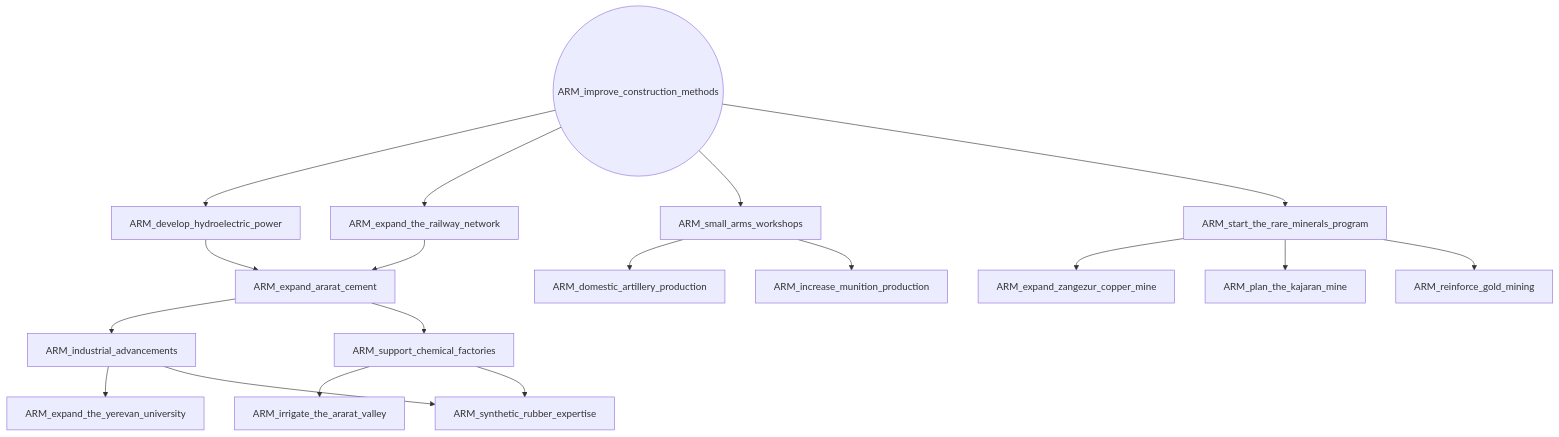
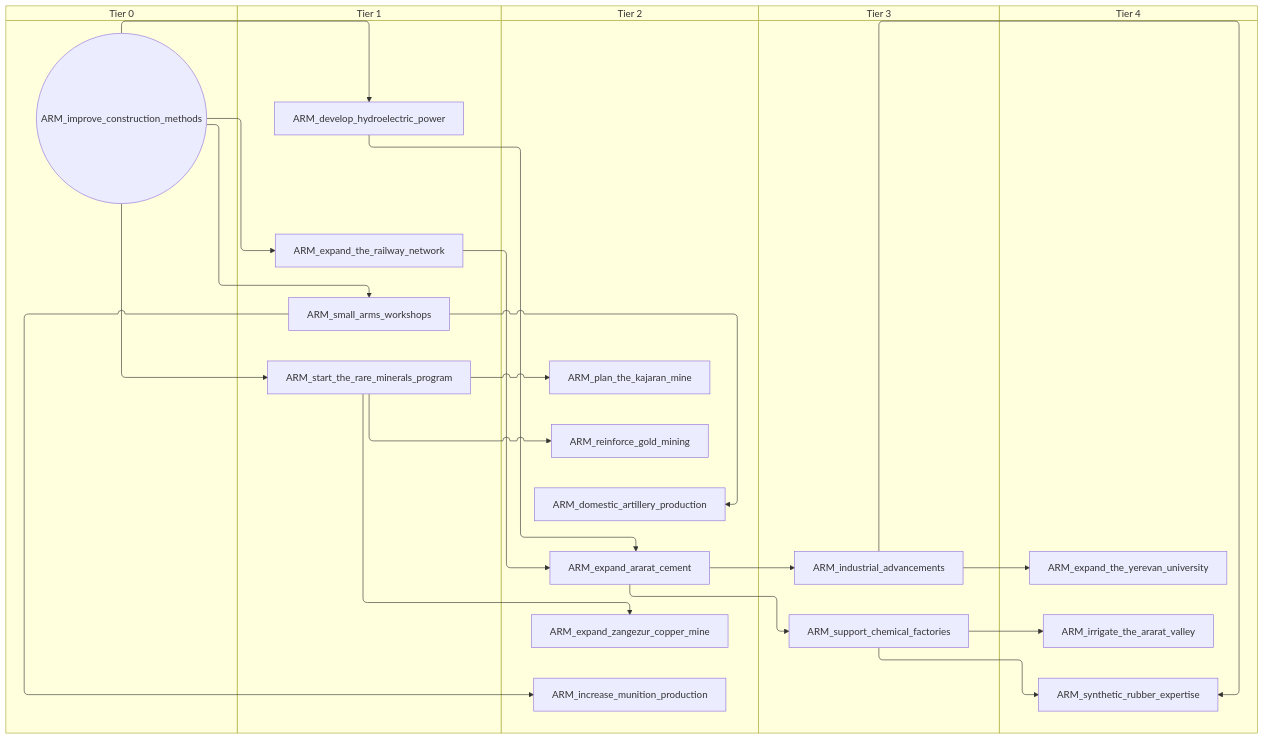
One commit to evgeny-sobol/hoi4-sandbox-mode-r56 changed the first of 3 diagrams in docs/gdd/National Focuses/armenia.md. Above: the diagram before and after it, drawn with Mermaid. The commit also changed other lines of this file and 423 other files, not shown here.

First line of the commit message:
Re-export Rt56 focus trees as swimlane diagrams

````diff
--- a/docs/gdd/National Focuses/armenia.md
+++ b/docs/gdd/National Focuses/armenia.md
@@ -3,36 +3,46 @@
 ```mermaid
-flowchart TD
-    n1["ARM_develop_hydroelectric_power"]
-    n2["ARM_domestic_artillery_production"]
-    n3["ARM_expand_ararat_cement"]
-    n4["ARM_expand_the_railway_network"]
-    n5["ARM_expand_the_yerevan_university"]
-    n6["ARM_expand_zangezur_copper_mine"]
-    n7(("ARM_improve_construction_methods"))
-    n8["ARM_increase_munition_production"]
-    n9["ARM_industrial_advancements"]
-    n10["ARM_irrigate_the_ararat_valley"]
-    n11["ARM_plan_the_kajaran_mine"]
-    n12["ARM_reinforce_gold_mining"]
-    n13["ARM_small_arms_workshops"]
-    n14["ARM_start_the_rare_minerals_program"]
-    n15["ARM_support_chemical_factories"]
-    n16["ARM_synthetic_rubber_expertise"]
-    n7 --> n1
-    n13 --> n2
-    n4 --> n3
+swimlane-beta TD
+    subgraph tier_0["Tier 0"]
+        n1(("ARM_improve_construction_methods"))
+    end
+    subgraph tier_1["Tier 1"]
+        n2["ARM_develop_hydroelectric_power"]
+        n3["ARM_expand_the_railway_network"]
+        n4["ARM_small_arms_workshops"]
+        n5["ARM_start_the_rare_minerals_program"]
+    end
+    subgraph tier_2["Tier 2"]
+        n6["ARM_domestic_artillery_production"]
+        n7["ARM_expand_ararat_cement"]
+        n8["ARM_expand_zangezur_copper_mine"]
+        n9["ARM_increase_munition_production"]
+        n10["ARM_plan_the_kajaran_mine"]
+        n11["ARM_reinforce_gold_mining"]
+    end
+    subgraph tier_3["Tier 3"]
+        n12["ARM_industrial_advancements"]
+        n13["ARM_support_chemical_factories"]
+    end
+    subgraph tier_4["Tier 4"]
+        n14["ARM_expand_the_yerevan_university"]
+        n15["ARM_irrigate_the_ararat_valley"]
+        n16["ARM_synthetic_rubber_expertise"]
+    end
+    n1 --> n2
+    n4 --> n6
+    n3 --> n7
+    n2 --> n7
     n1 --> n3
-    n7 --> n4
-    n9 --> n5
-    n14 --> n6
-    n13 --> n8
-    n3 --> n9
-    n15 --> n10
-    n14 --> n11
-    n14 --> n12
+    n12 --> n14
+    n5 --> n8
+    n4 --> n9
+    n7 --> n12
+    n13 --> n15
+    n5 --> n10
+    n5 --> n11
+    n1 --> n4
+    n1 --> n5
     n7 --> n13
-    n7 --> n14
-    n3 --> n15
-    n15 --> n16
-    n9 --> n16
+    n13 --> n16
+    n12 --> n16
 ```
````
